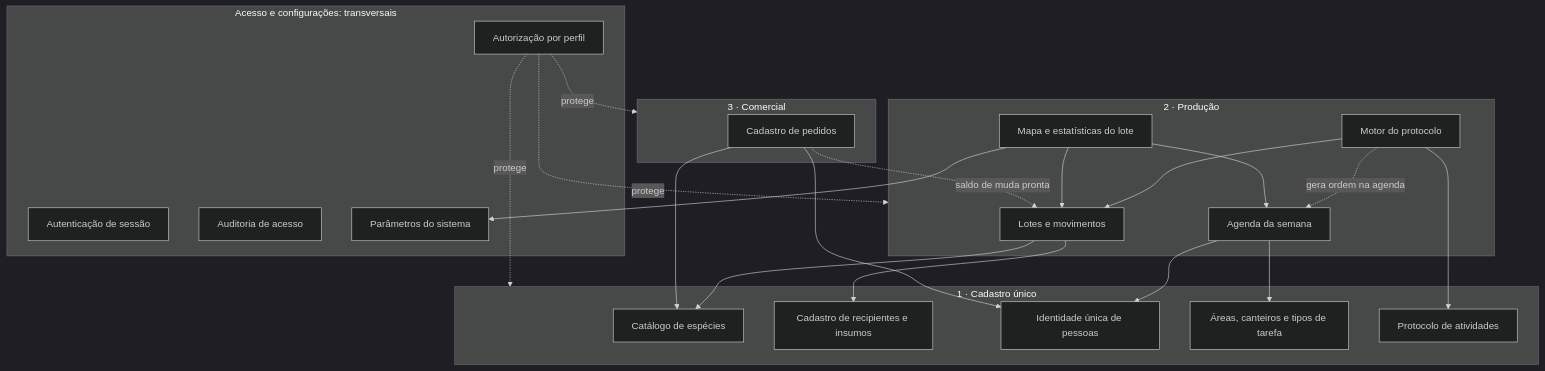
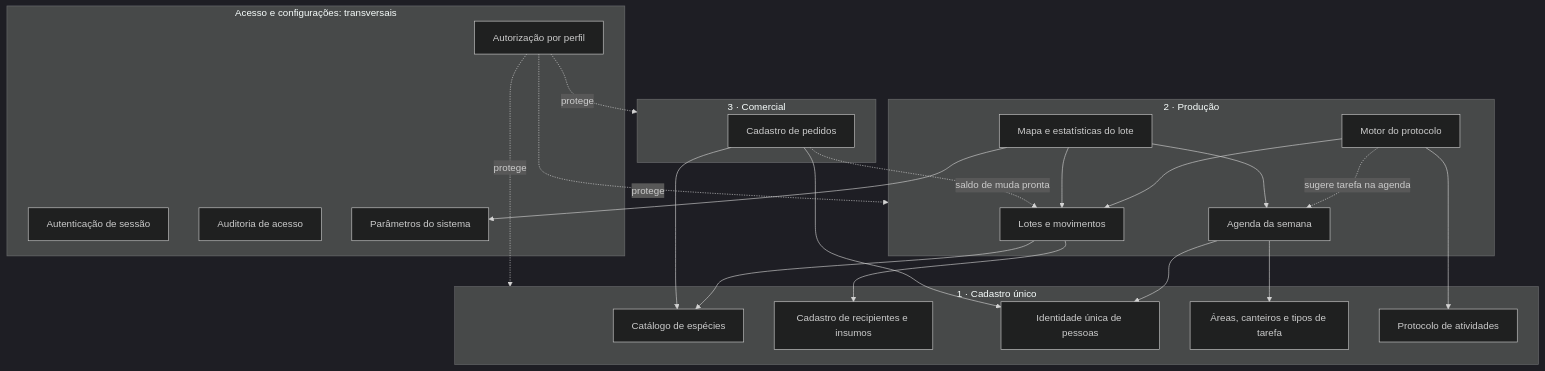
The third of 3 diagrams in docs/engenharia/D-arquitetura/D1-arquitetura-c4.md (JoaoMudar/tcc), drawn with Mermaid (dark theme) before and after one commit. The commit also changed other lines of this file and 87 other files, not shown here.

````diff
--- a/docs/engenharia/D-arquitetura/D1-arquitetura-c4.md
+++ b/docs/engenharia/D-arquitetura/D1-arquitetura-c4.md
@@ -129,46 +129,46 @@
 ```mermaid
 graph TB
   subgraph acesso["Acesso e configurações: transversais"]
     A1["Autenticação de sessão"]
     A2["Autorização por perfil"]
     A3["Auditoria de acesso"]
     A4["Parâmetros do sistema"]
   end
 
   subgraph cadastros["1 · Cadastro único"]
     N1["Catálogo de espécies"]
     N2["Cadastro de recipientes e insumos"]
     N3["Identidade única de pessoas"]
     N4["Áreas, canteiros e tipos de tarefa"]
     N5["Protocolo de atividades"]
   end
 
   subgraph producao["2 · Produção"]
     O1["Agenda da semana"]
     O2["Lotes e movimentos"]
     O3["Motor do protocolo"]
     O4["Mapa e estatísticas do lote"]
   end
 
   subgraph comercial["3 · Comercial"]
     C2["Cadastro de pedidos"]
   end
 
   O1 --> N4
   O2 --> N1
   O2 --> N2
   O3 --> N5
   O3 --> O2
-  O3 -.->|"gera ordem na agenda"| O1
+  O3 -.->|"sugere tarefa na agenda"| O1
   O4 --> O2
   O4 --> O1
   O4 --> A4
   O1 --> N3
   C2 --> N3
   C2 --> N1
   C2 -.->|"saldo de muda pronta"| O2
 
   A2 -.->|"protege"| cadastros
   A2 -.->|"protege"| producao
   A2 -.->|"protege"| comercial
 ```
````
